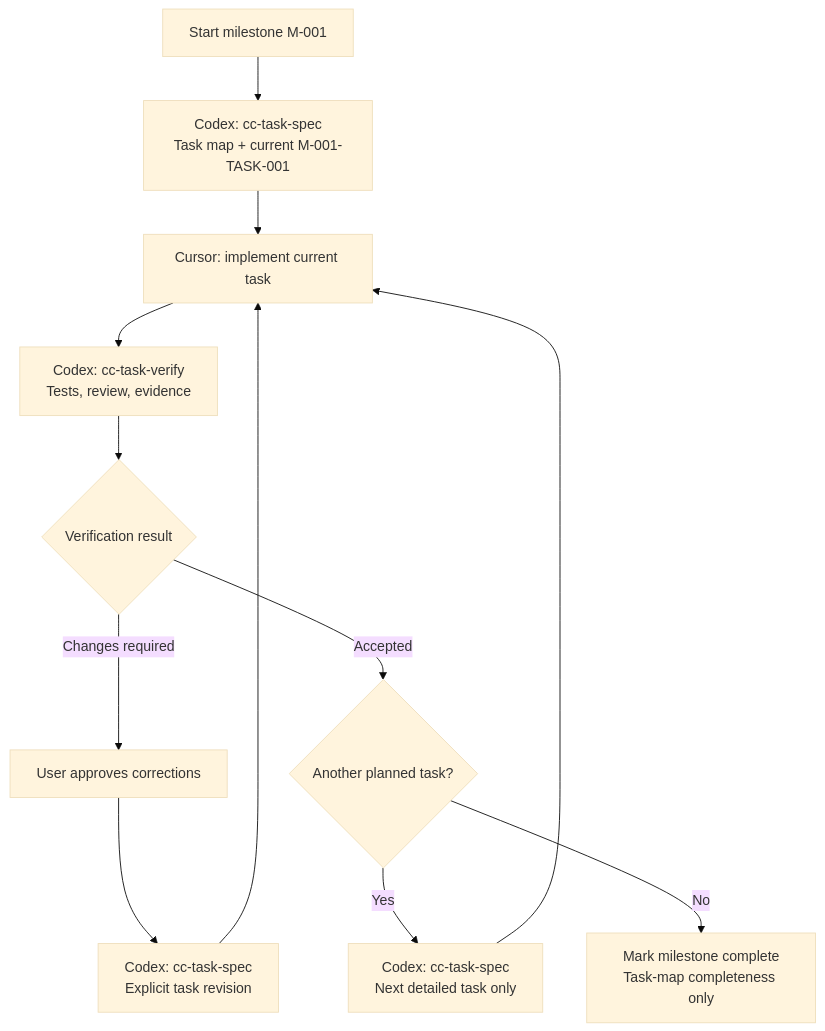
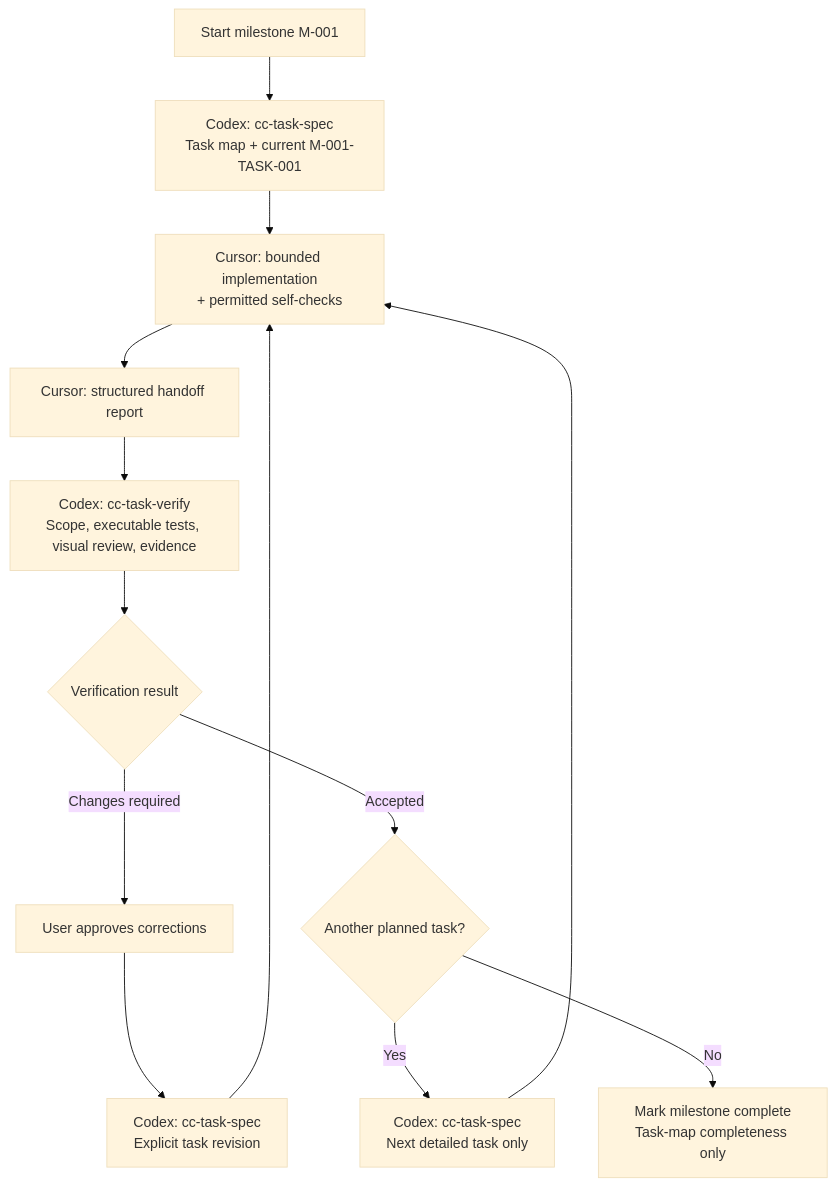
Before and after one commit to JakubM-I/codex-cursor-workflow: the second of 2 diagrams in docs/workflows/stage-resources.md, drawn with Mermaid (base theme). The commit also changed other lines of this file and 15 other files, not shown here.

````diff
--- a/docs/workflows/stage-resources.md
+++ b/docs/workflows/stage-resources.md
@@ -384,14 +384,15 @@
 ```mermaid
 flowchart TD
   Start[Start milestone M-001] --> Spec[Codex: cc-task-spec\nTask map + current M-001-TASK-001]
-  Spec --> Implement[Cursor: implement current task]
-  Implement --> Verify[Codex: cc-task-verify\nTests, review, evidence]
+  Spec --> Implement[Cursor: bounded implementation\n+ permitted self-checks]
+  Implement --> Report[Cursor: structured handoff report]
+  Report --> Verify[Codex: cc-task-verify\nScope, executable tests, visual review, evidence]
   Verify --> Decision{Verification result}
   Decision -->|Changes required| Approve[User approves corrections]
   Approve --> Revise[Codex: cc-task-spec\nExplicit task revision]
   Revise --> Implement
   Decision -->|Accepted| Remaining{Another planned task?}
   Remaining -->|Yes| Next[Codex: cc-task-spec\nNext detailed task only]
   Next --> Implement
   Remaining -->|No| Close[Mark milestone complete\nTask-map completeness only]
 ```
````
